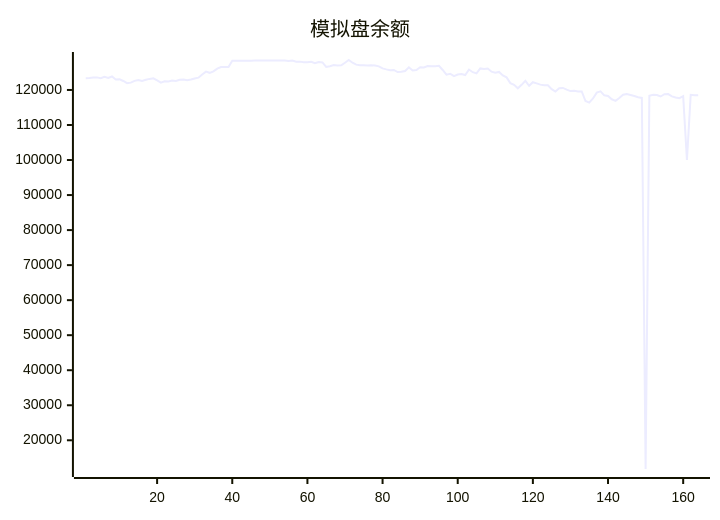
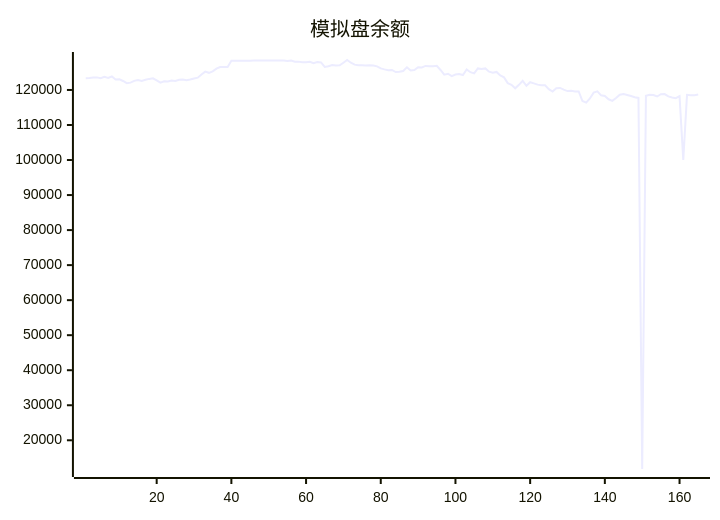
One commit to aahl/ai-trading changed the diagram in README.md. Above: the diagram before and after it, drawn with Mermaid. The commit also changed other lines of this file and 1 other file, not shown here.

````diff
--- a/README.md
+++ b/README.md
@@ -5,5 +5,5 @@
 ```mermaid
 xychart
     title "模拟盘余额"
-    line [123338,123402,123530,123592,123378,123745,123413,123853,123009,123040,122557,121938,122095,122599,122856,122597,122898,123160,123319,122719,122087,122454,122416,122685,122592,122907,122961,122776,122981,123295,123507,124403,125224,124894,125303,126088,126544,126534,126549,128335,128318,128318,128318,128318,128318,128424,128424,128424,128424,128424,128424,128424,128424,128424,128247,128412,128062,128087,127917,127901,128026,127611,128000,127850,126572,126770,127100,126971,127029,127783,128554,127765,127224,127064,127044,127009,127025,127004,126738,126152,125871,125635,125707,125117,125217,125420,126480,125545,125715,126511,126424,126856,126764,126788,126890,125710,124381,124632,123936,124402,124574,124256,125833,125070,124739,126154,125966,126145,125213,124943,125143,124157,123604,121959,121476,120476,121470,122610,121201,122221,121889,121522,121332,121344,120232,119559,120513,120577,120108,119680,119777,119572,119568,116839,116392,117573,119250,119585,118469,118277,117338,116897,117706,118628,118849,118579,118280,117926,117735,11802,118373,118639,118544,118136,118798,118819,118162,117874,117649,118215,100000,118601,118463,118517]
+    line [123338,123402,123530,123592,123378,123745,123413,123853,123009,123040,122557,121938,122095,122599,122856,122597,122898,123160,123319,122719,122087,122454,122416,122685,122592,122907,122961,122776,122981,123295,123507,124403,125224,124894,125303,126088,126544,126534,126549,128335,128318,128318,128318,128318,128318,128424,128424,128424,128424,128424,128424,128424,128424,128424,128247,128412,128062,128087,127917,127901,128026,127611,128000,127850,126572,126770,127100,126971,127029,127783,128554,127765,127224,127064,127044,127009,127025,127004,126738,126152,125871,125635,125707,125117,125217,125420,126480,125545,125715,126511,126424,126856,126764,126788,126890,125710,124381,124632,123936,124402,124574,124256,125833,125070,124739,126154,125966,126145,125213,124943,125143,124157,123604,121959,121476,120476,121470,122610,121201,122221,121889,121522,121332,121344,120232,119559,120513,120577,120108,119680,119777,119572,119568,116839,116392,117573,119250,119585,118469,118277,117338,116897,117706,118628,118849,118579,118280,117926,117735,11802,118373,118639,118544,118136,118798,118819,118162,117874,117649,118215,100000,118601,118463,118517,118713]
 ```
````
